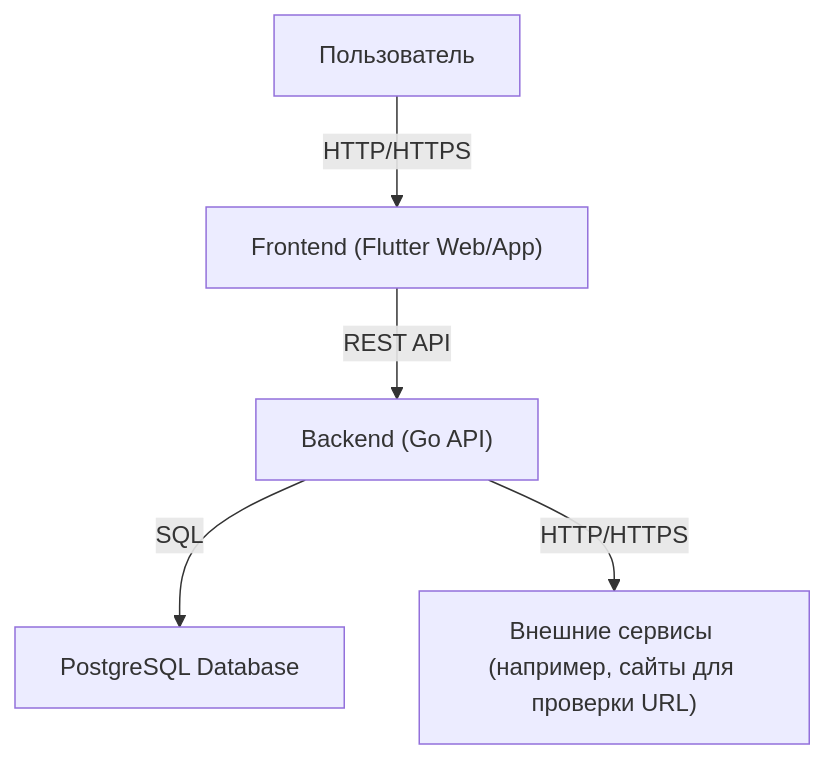
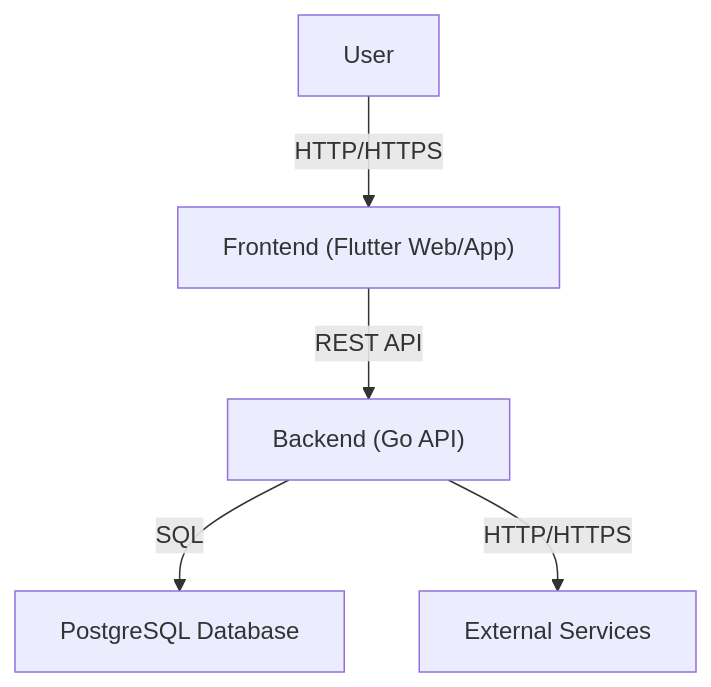
Before and after one commit to Golang-Flutter-Course-Project/Autotester2inc: the diagram in doc/architecture/static-view.md, drawn with Mermaid.

````diff
--- a/doc/architecture/static-view.md
+++ b/doc/architecture/static-view.md
@@ -1,13 +1,13 @@
 ```mermaid
 graph TD
-    User["Пользователь"]
+    User["User"]
     Frontend["Frontend (Flutter Web/App)"]
     Backend["Backend (Go API)"]
     DB["PostgreSQL Database"]
-    ExtService["Внешние сервисы (например, сайты для проверки URL)"]
+    ExtService["External Services"]
 
     User -- "HTTP/HTTPS" --> Frontend
     Frontend -- "REST API" --> Backend
     Backend -- "SQL" --> DB
     Backend -- "HTTP/HTTPS" --> ExtService
 ```
````
